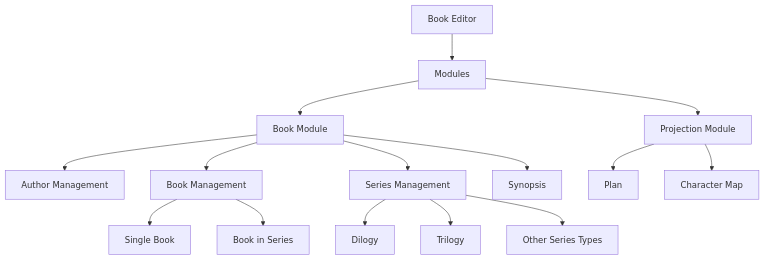
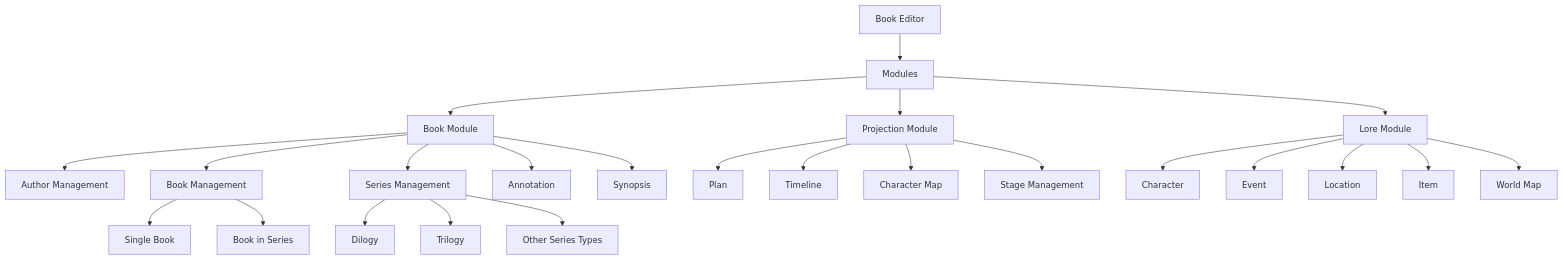
One commit to ikloster03/snowflake-desktop changed the first of 3 diagrams in docs/structure.md. Above: the diagram before and after it, drawn with Mermaid. The commit also changed other lines of this file, not shown here.

Commit message:
docs(structure): update project architecture diagram with new modules and entities

````diff
--- a/docs/structure.md
+++ b/docs/structure.md
@@ -7,21 +7,31 @@
 ```mermaid
 graph TD
     A[Book Editor] --> B[Modules]
+
     B --> C[Book Module]
     B --> D[Projection Module]
+    B --> E[Lore Module]
 
     C --> C1[Author Management]
     C --> C2[Book Management]
     C --> C3[Series Management]
-    C --> C4[Synopsis]
+    C --> C4[Annotation]
+    C --> C5[Synopsis]
 
     D --> D1[Plan]
-    D --> D2[Character Map]
+    D --> D2[Timeline]
+    D --> D3[Character Map]
+    D --> D4[Stage Management]
+
+    E --> E1[Character]
+    E --> E2[Event]
+    E --> E3[Location]
+    E --> E4[Item]
+    E --> E5[World Map]
 
     C2 --> C2_1[Single Book]
     C2 --> C2_2[Book in Series]
-
     C3 --> C3_1[Dilogy]
     C3 --> C3_2[Trilogy]
     C3 --> C3_3[Other Series Types]
 ```
````
